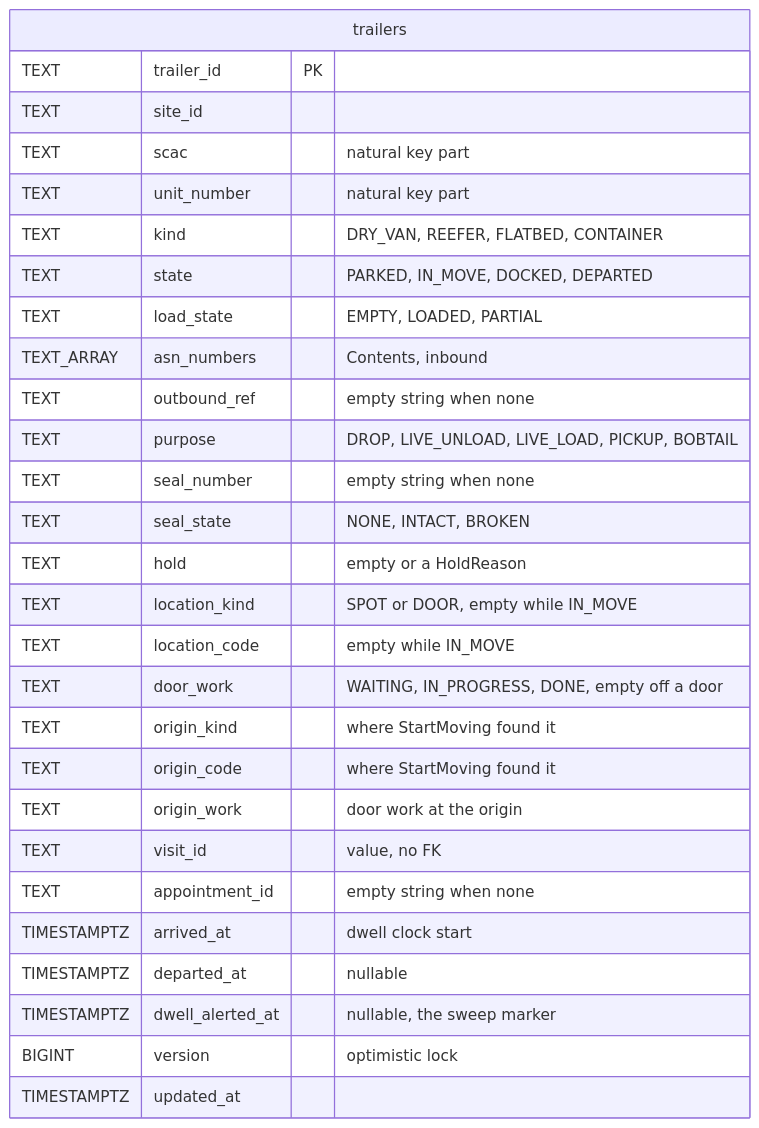
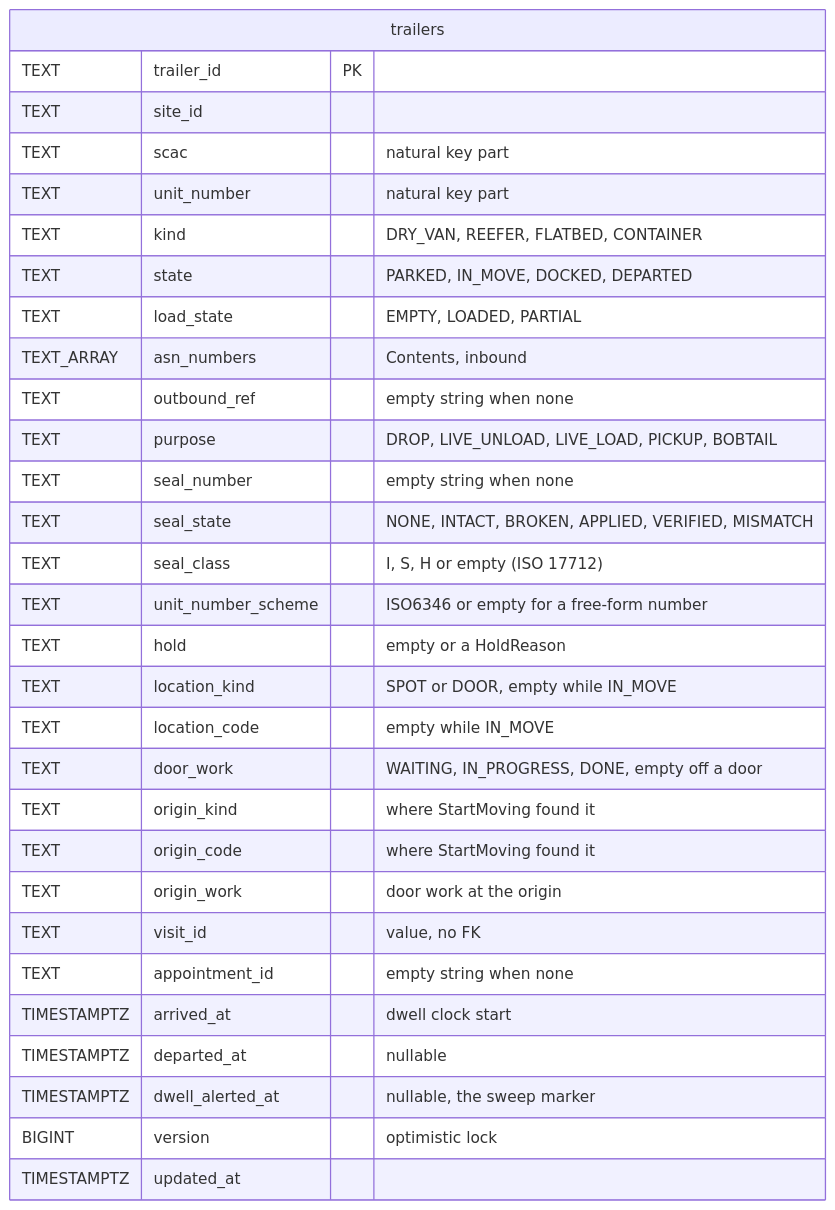
The second of 8 diagrams in docs/docs/ddd/entity-relationship.md (IQVO/yard-management), drawn with Mermaid before and after one commit. The commit also changed other lines of this file and 103 other files, not shown here.

First line of the commit message:
feat(gate): ISO 6346 unit numbers, ISO 17712 seal class and seal state vocabulary (YF-1, ADR 0012) (#16)

````diff
--- a/docs/docs/ddd/entity-relationship.md
+++ b/docs/docs/ddd/entity-relationship.md
@@ -51,32 +51,34 @@
 ```mermaid
 erDiagram
     direction LR
     trailers {
         TEXT trailer_id PK
         TEXT site_id
         TEXT scac "natural key part"
         TEXT unit_number "natural key part"
         TEXT kind "DRY_VAN, REEFER, FLATBED, CONTAINER"
         TEXT state "PARKED, IN_MOVE, DOCKED, DEPARTED"
         TEXT load_state "EMPTY, LOADED, PARTIAL"
         TEXT_ARRAY asn_numbers "Contents, inbound"
         TEXT outbound_ref "empty string when none"
         TEXT purpose "DROP, LIVE_UNLOAD, LIVE_LOAD, PICKUP, BOBTAIL"
         TEXT seal_number "empty string when none"
-        TEXT seal_state "NONE, INTACT, BROKEN"
+        TEXT seal_state "NONE, INTACT, BROKEN, APPLIED, VERIFIED, MISMATCH"
+        TEXT seal_class "I, S, H or empty (ISO 17712)"
+        TEXT unit_number_scheme "ISO6346 or empty for a free-form number"
         TEXT hold "empty or a HoldReason"
         TEXT location_kind "SPOT or DOOR, empty while IN_MOVE"
         TEXT location_code "empty while IN_MOVE"
         TEXT door_work "WAITING, IN_PROGRESS, DONE, empty off a door"
         TEXT origin_kind "where StartMoving found it"
         TEXT origin_code "where StartMoving found it"
         TEXT origin_work "door work at the origin"
         TEXT visit_id "value, no FK"
         TEXT appointment_id "empty string when none"
         TIMESTAMPTZ arrived_at "dwell clock start"
         TIMESTAMPTZ departed_at "nullable"
         TIMESTAMPTZ dwell_alerted_at "nullable, the sweep marker"
         BIGINT version "optimistic lock"
         TIMESTAMPTZ updated_at
     }
 ```
````
